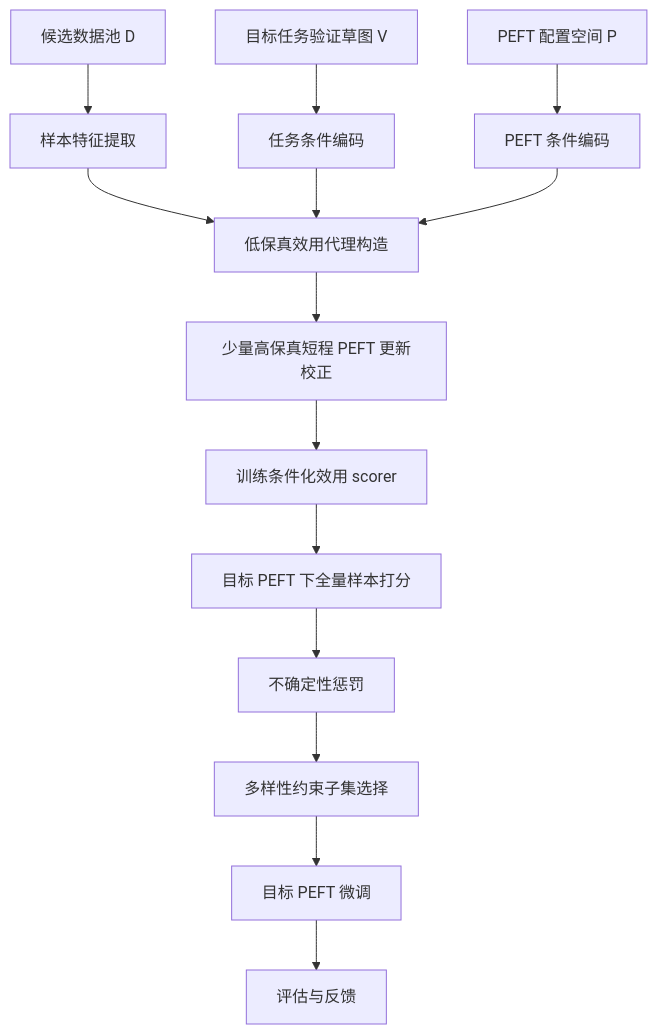
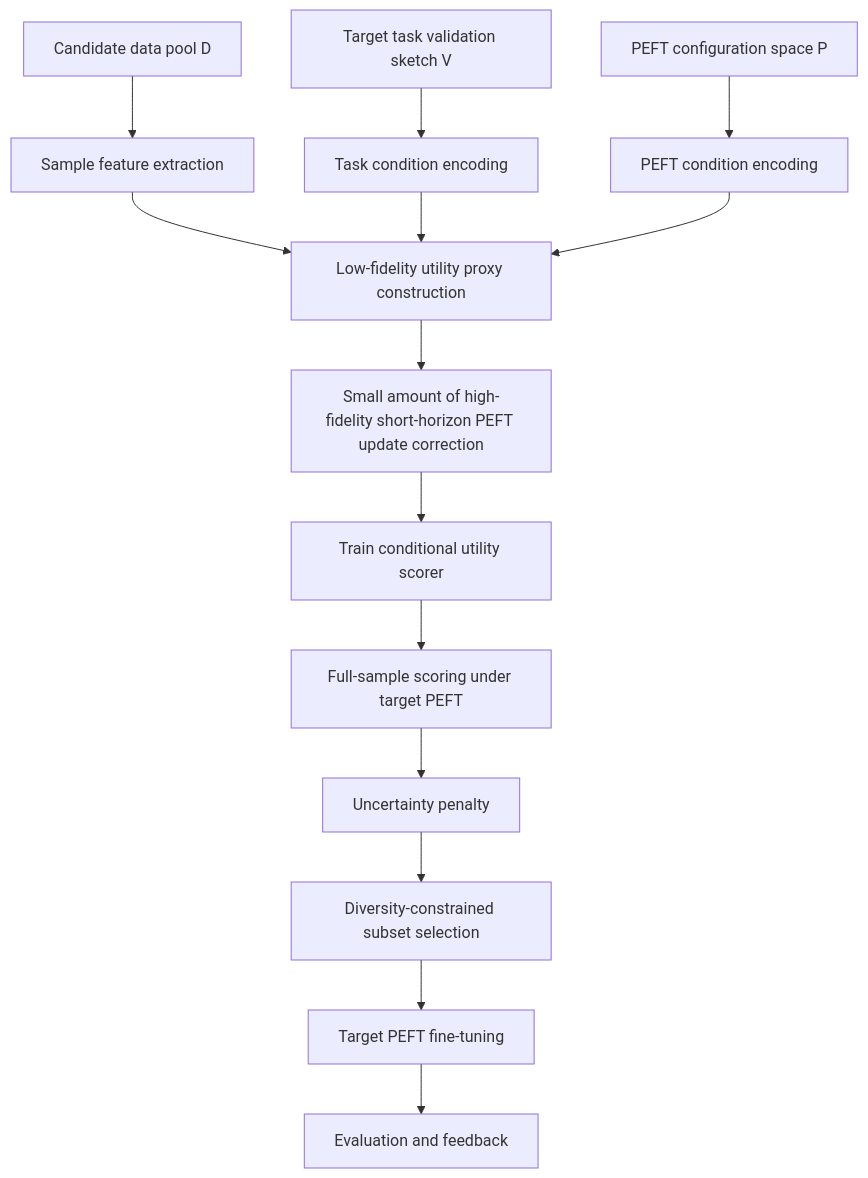
Before and after one commit to ieee-mass-nmic/data-selection: the diagram in docs/pcu_select_research_plan.md, drawn with Mermaid. The commit also changed other lines of this file and 117 other files, not shown here.

````diff
--- a/docs/pcu_select_research_plan.md
+++ b/docs/pcu_select_research_plan.md
@@ -157,19 +157,19 @@
 ```mermaid
 flowchart TD
-    A[候选数据池 D] --> B[样本特征提取]
-    C[目标任务验证草图 V] --> D[任务条件编码]
-    E[PEFT 配置空间 P] --> F[PEFT 条件编码]
+    A[Candidate data pool D] --> B[Sample feature extraction]
+    C[Target task validation sketch V] --> D[Task condition encoding]
+    E[PEFT configuration space P] --> F[PEFT condition encoding]
 
-    B --> G[低保真效用代理构造]
+    B --> G[Low-fidelity utility proxy construction]
     D --> G
     F --> G
 
-    G --> H[少量高保真短程 PEFT 更新校正]
-    H --> I[训练条件化效用 scorer]
+    G --> H[Small amount of high-fidelity short-horizon PEFT update correction]
+    H --> I[Train conditional utility scorer]
 
-    I --> J[目标 PEFT 下全量样本打分]
-    J --> K[不确定性惩罚]
-    K --> L[多样性约束子集选择]
-    L --> M[目标 PEFT 微调]
-    M --> N[评估与反馈]
+    I --> J[Full-sample scoring under target PEFT]
+    J --> K[Uncertainty penalty]
+    K --> L[Diversity-constrained subset selection]
+    L --> M[Target PEFT fine-tuning]
+    M --> N[Evaluation and feedback]
 ```
````
